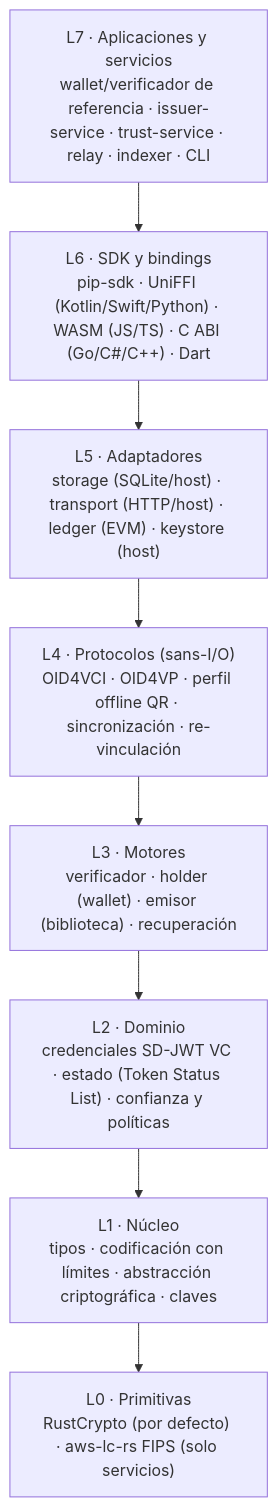
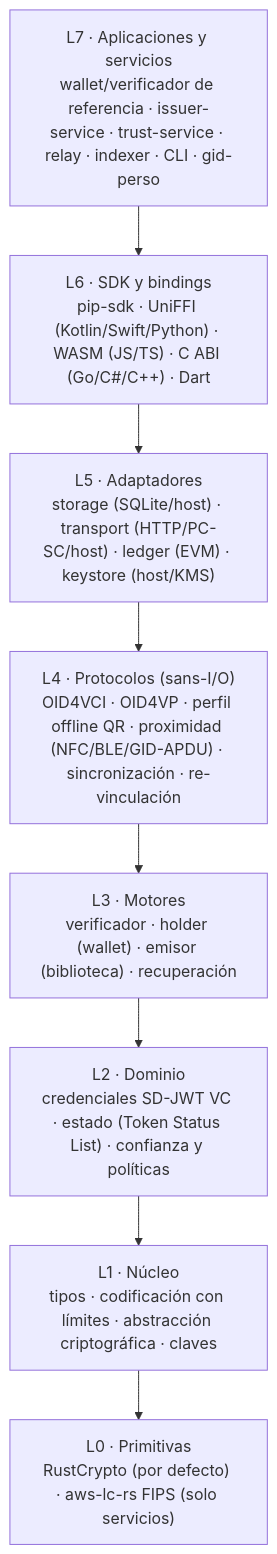
Before and after one commit to angelnereira/gravital-id: the second of 4 diagrams in docs/ARCHITECTURE.md, drawn with Mermaid. The commit also changed other lines of this file and 9 other files, not shown here.

Commit message:
docs(adr): accept ADR-0021 and update ROADMAP, ARCHITECTURE, REQUIREMENTS v0.3 (#78)

````diff
--- a/docs/ARCHITECTURE.md
+++ b/docs/ARCHITECTURE.md
@@ -198,12 +205,12 @@
 ```mermaid
 flowchart TB
-    L7["L7 · Aplicaciones y servicios<br/>wallet/verificador de referencia · issuer-service · trust-service · relay · indexer · CLI"]
+    L7["L7 · Aplicaciones y servicios<br/>wallet/verificador de referencia · issuer-service · trust-service · relay · indexer · CLI · gid-perso"]
     L6["L6 · SDK y bindings<br/>pip-sdk · UniFFI (Kotlin/Swift/Python) · WASM (JS/TS) · C ABI (Go/C#/C++) · Dart"]
-    L5["L5 · Adaptadores<br/>storage (SQLite/host) · transport (HTTP/host) · ledger (EVM) · keystore (host)"]
-    L4["L4 · Protocolos (sans-I/O)<br/>OID4VCI · OID4VP · perfil offline QR · sincronización · re-vinculación"]
+    L5["L5 · Adaptadores<br/>storage (SQLite/host) · transport (HTTP/PC-SC/host) · ledger (EVM) · keystore (host/KMS)"]
+    L4["L4 · Protocolos (sans-I/O)<br/>OID4VCI · OID4VP · perfil offline QR · proximidad (NFC/BLE/GID-APDU) · sincronización · re-vinculación"]
     L3["L3 · Motores<br/>verificador · holder (wallet) · emisor (biblioteca) · recuperación"]
     L2["L2 · Dominio<br/>credenciales SD-JWT VC · estado (Token Status List) · confianza y políticas"]
     L1["L1 · Núcleo<br/>tipos · codificación con límites · abstracción criptográfica · claves"]
     L0["L0 · Primitivas<br/>RustCrypto (por defecto) · aws-lc-rs FIPS (solo servicios)"]
     L7 --> L6 --> L5 --> L4 --> L3 --> L2 --> L1 --> L0
 ```
````
